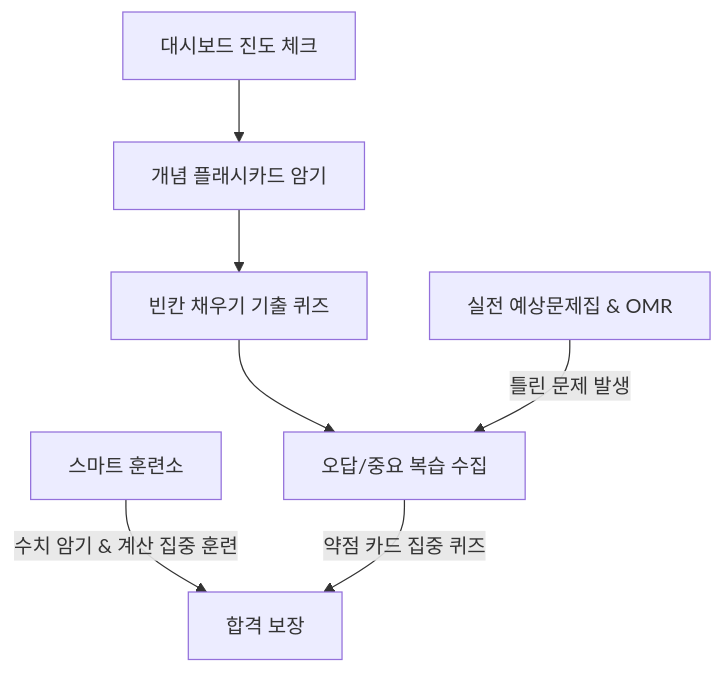
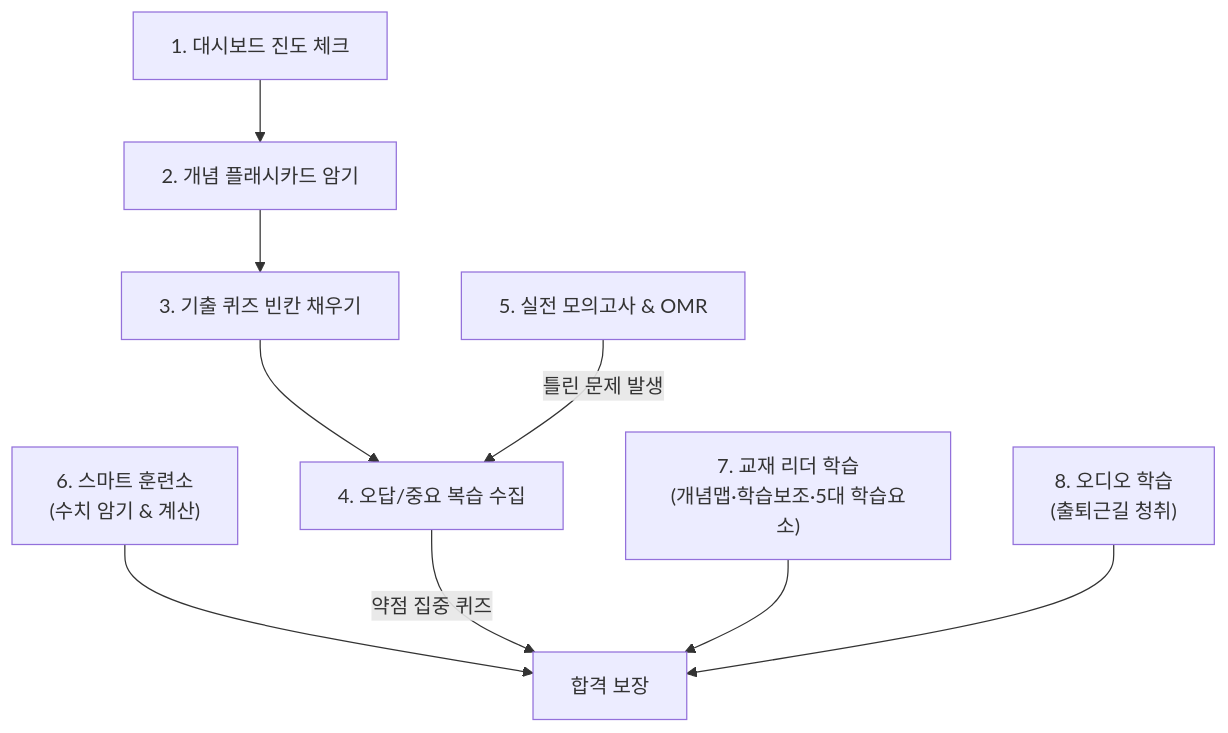
The diagram in docs/user/user_manual.md (skygoldlee-cyber/Personalized_Skincare), drawn with Mermaid before and after one commit. The commit also changed other lines of this file and 5 other files, not shown here.

````diff
--- a/docs/user/user_manual.md
+++ b/docs/user/user_manual.md
@@ -9,9 +9,11 @@
 ```mermaid
 graph TD
-    A[대시보드 진도 체크] --> B[개념 플래시카드 암기]
-    B --> C[빈칸 채우기 기출 퀴즈]
-    C --> D[오답/중요 복습 수집]
-    E[실전 예상문제집 & OMR] -->|틀린 문제 발생| D
-    F[스마트 훈련소] -->|수치 암기 & 계산 집중 훈련| G[합격 보장]
-    D -->|약점 카드 집중 퀴즈| G
+    A["1. 대시보드 진도 체크"] --> B["2. 개념 플래시카드 암기"]
+    B --> C["3. 기출 퀴즈 빈칸 채우기"]
+    C --> D["4. 오답/중요 복습 수집"]
+    E["5. 실전 모의고사 & OMR"] -->|틀린 문제 발생| D
+    F["6. 스마트 훈련소<br/>(수치 암기 & 계산)"] --> G["합격 보장"]
+    D -->|약점 집중 퀴즈| G
+    H["7. 교재 리더 학습<br/>(개념맵·학습보조·5대 학습요소)"] --> G
+    I["8. 오디오 학습<br/>(출퇴근길 청취)"] --> G
 ```
````
